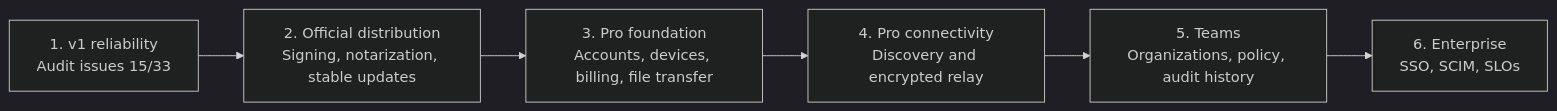
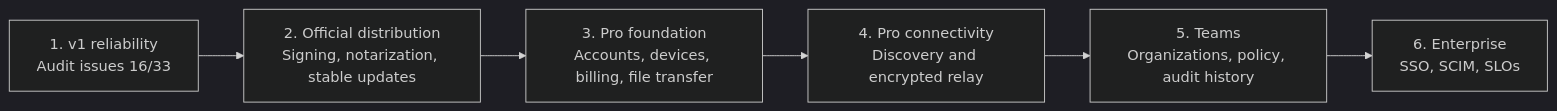
The third of 3 diagrams in README.en.md (Cherry-Company/ieum), drawn with Mermaid (dark theme) before and after one commit. The commit also changed other lines of this file and 14 other files, not shown here.

````diff
--- a/README.en.md
+++ b/README.en.md
@@ -431,8 +445,8 @@
 ```mermaid
 flowchart LR
-  P1["1. v1 reliability<br/>Audit issues 15/33"] --> P2["2. Official distribution<br/>Signing, notarization, stable updates"]
+  P1["1. v1 reliability<br/>Audit issues 16/33"] --> P2["2. Official distribution<br/>Signing, notarization, stable updates"]
   P2 --> P3["3. Pro foundation<br/>Accounts, devices, billing, file transfer"]
   P3 --> P4["4. Pro connectivity<br/>Discovery and encrypted relay"]
   P4 --> P5["5. Teams<br/>Organizations, policy, audit history"]
   P5 --> P6["6. Enterprise<br/>SSO, SCIM, SLOs"]
 ```
````
